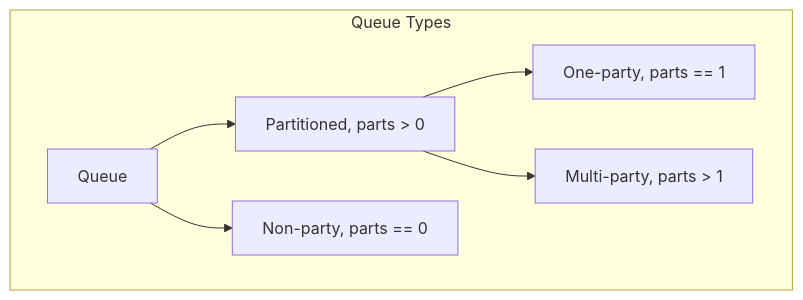
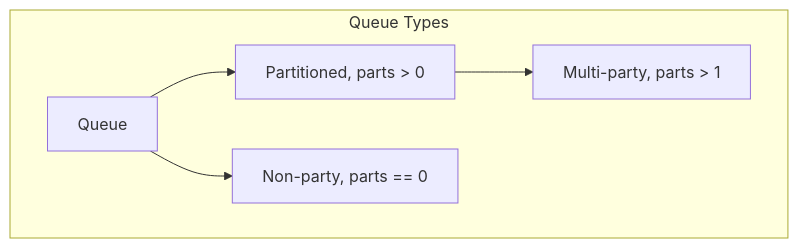
Before and after one commit to untillpro/airs-api: the second of 4 diagrams in docs/z-charts.md, drawn with Mermaid. The commit also changed 7 other files, not shown here.

````diff
--- a/docs/z-charts.md
+++ b/docs/z-charts.md
@@ -14,9 +14,8 @@
 ```mermaid z-charts-queue-types-ex.png
 graph TB
     subgraph Queue Types
     Queue-->Partitioned[Partitioned, parts > 0]
     Queue-->Non-party[Non-party, parts == 0]
-    Partitioned-->One-party[One-party, parts == 1]
     Partitioned-->Multi-party[Multi-party, parts > 1]
     end
 ```
````
